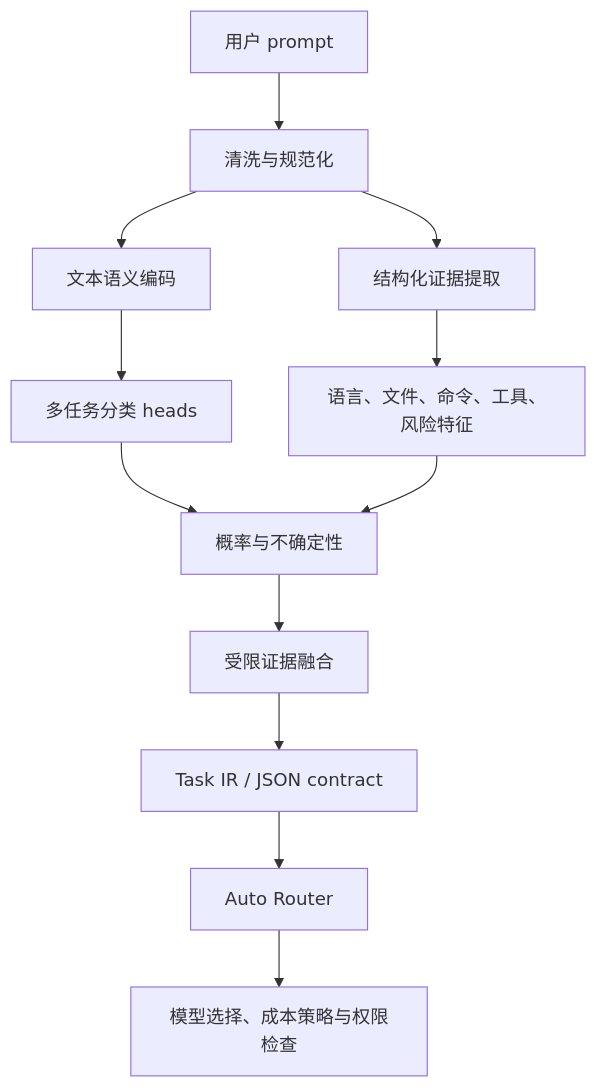
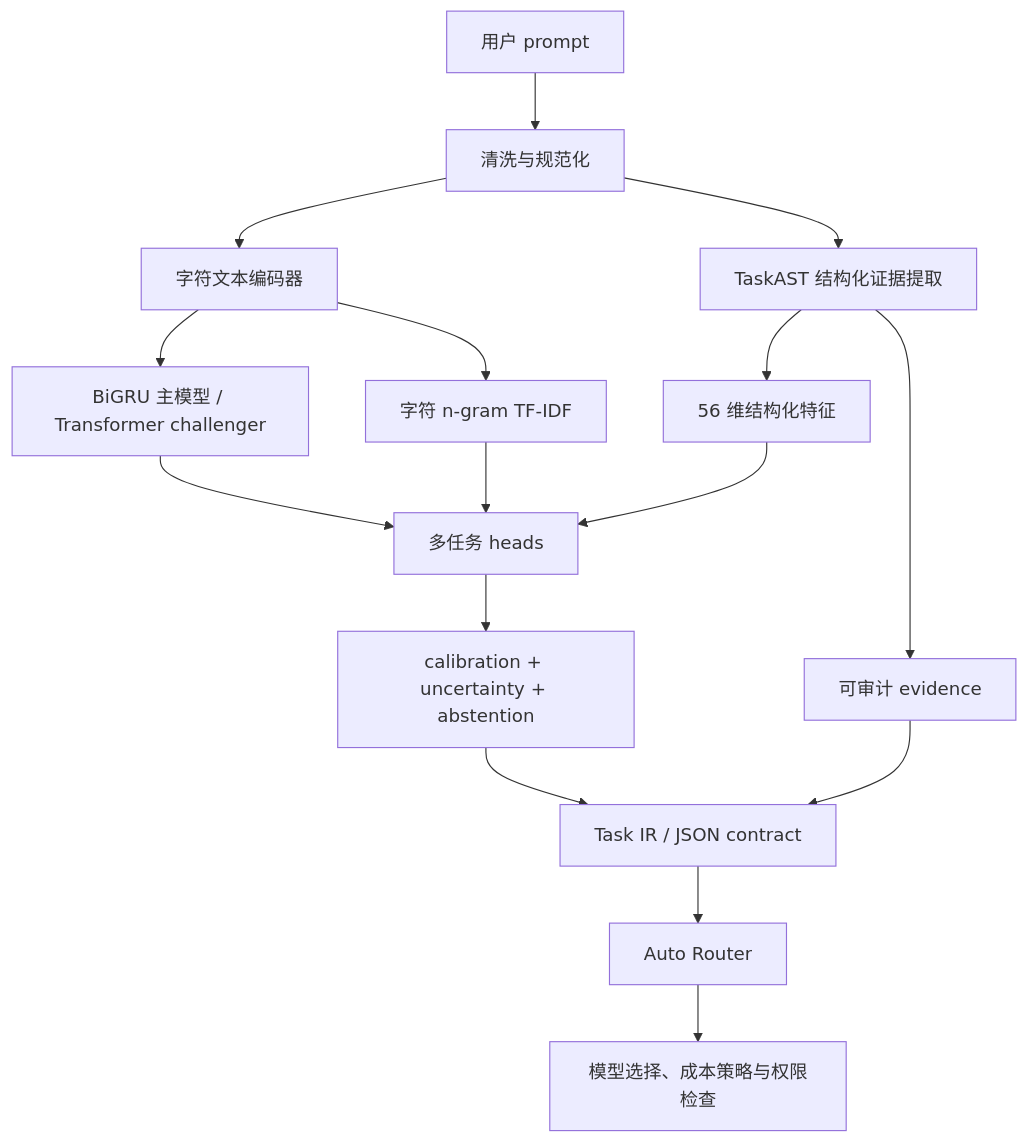
One commit to TheRealMilesLee/PromptClassifier changed the first of 4 diagrams in docs/DESIGN.md. Above: the diagram before and after it, drawn with Mermaid. The commit also changed other lines of this file and 6 other files, not shown here.

Commit message:
feat: add transformer challenger architecture

````diff
--- a/docs/DESIGN.md
+++ b/docs/DESIGN.md
@@ -114,14 +114,18 @@
 ```mermaid
 flowchart TD
     A["用户 prompt"] --> B["清洗与规范化"]
-    B --> C["文本语义编码"]
-    B --> D["结构化证据提取"]
-    C --> E["多任务分类 heads"]
-    D --> F["语言、文件、命令、工具、风险特征"]
-    E --> G["概率与不确定性"]
-    F --> G
-    G --> H["受限证据融合"]
-    H --> I["Task IR / JSON contract"]
-    I --> J["Auto Router"]
-    J --> K["模型选择、成本策略与权限检查"]
+    B --> C["字符文本编码器"]
+    B --> D["TaskAST 结构化证据提取"]
+    C --> E["BiGRU 主模型 / Transformer challenger"]
+    D --> F["56 维结构化特征"]
+    C --> G["字符 n-gram TF-IDF"]
+    E --> H["多任务 heads"]
+    F --> H
+    G --> H
+    D --> I["可审计 evidence"]
+    H --> J["calibration + uncertainty + abstention"]
+    J --> K["Task IR / JSON contract"]
+    I --> K
+    K --> L["Auto Router"]
+    L --> M["模型选择、成本策略与权限检查"]
 ```
````
